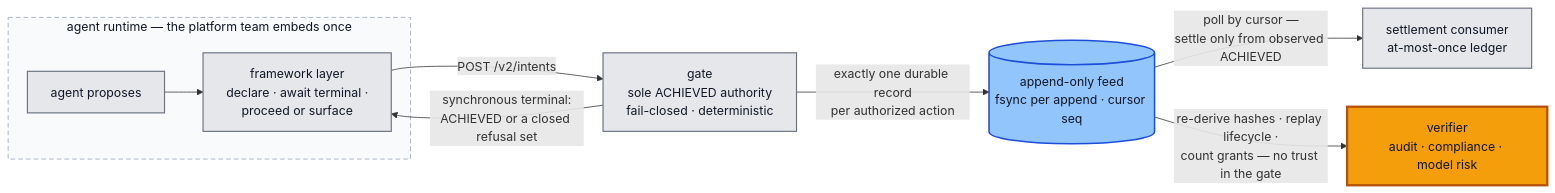
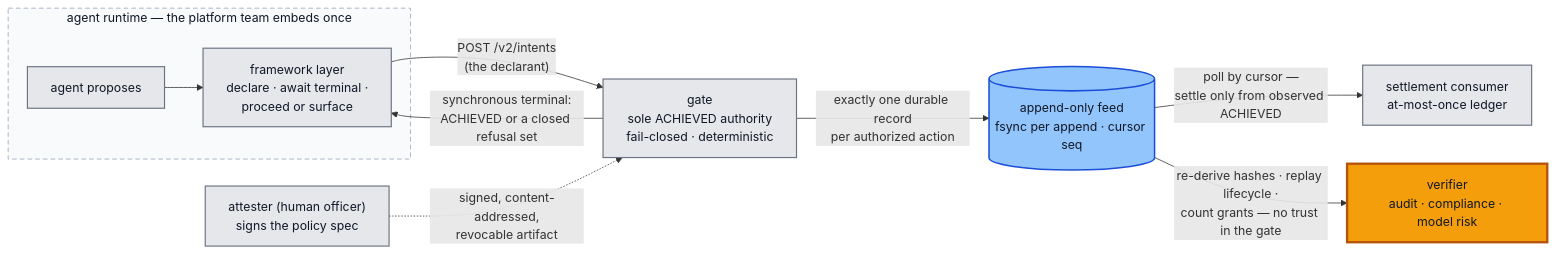
One commit to hossainpazooki/intent-plane changed the first of 2 diagrams in README.md. Above: the diagram before and after it, drawn with Mermaid. The commit also changed other lines of this file and 3 other files, not shown here.

````diff
--- a/README.md
+++ b/README.md
@@ -82,19 +25,21 @@
 ```mermaid
 flowchart LR
     subgraph RT["agent runtime — the platform team embeds once"]
         AG["agent proposes"] --> SDK["framework layer<br/>declare · await terminal ·<br/>proceed or surface"]
     end
-    SDK -->|"POST /v2/intents"| G["gate<br/>sole ACHIEVED authority<br/>fail-closed · deterministic"]
+    SDK -->|"POST /v2/intents<br/>(the declarant)"| G["gate<br/>sole ACHIEVED authority<br/>fail-closed · deterministic"]
+    ATT["attester (human officer)<br/>signs the policy spec"] -.->|"signed, content-addressed,<br/>revocable artifact"| G
     G -->|"synchronous terminal:<br/>ACHIEVED or a closed refusal set"| SDK
     G -->|"exactly one durable record<br/>per authorized action"| FEED[("append-only feed<br/>fsync per append · cursor seq")]
     FEED -->|"poll by cursor —<br/>settle only from observed ACHIEVED"| S["settlement consumer<br/>at-most-once ledger"]
     FEED -->|"re-derive hashes · replay lifecycle ·<br/>count grants — no trust in the gate"| V["verifier<br/>audit · compliance · model risk"]
 
     classDef neutral fill:#e5e7eb,stroke:#6b7280,stroke-width:1.5px,color:#111827;
     classDef durable fill:#93c5fd,stroke:#1d4ed8,stroke-width:2px,color:#111827;
     classDef star fill:#f59e0b,stroke:#b45309,stroke-width:3px,color:#111827;
     class AG,SDK,G,S neutral;
+    class ATT neutral;
     class FEED durable;
     class V star;
     style RT fill:#f8fafc,stroke:#94a3b8,stroke-dasharray:6 4,color:#111827;
 ```
````
